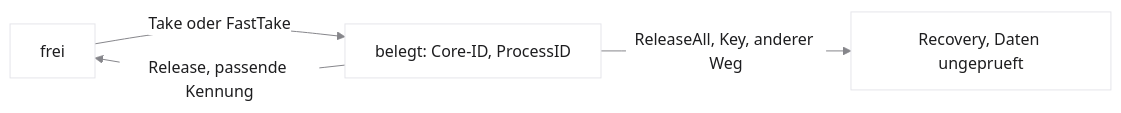
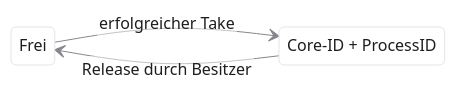
The first of 7 diagrams in vorlesungen/08_multicore-synchronisation-safety.qmd (dantschi/echtzeitsysteme), drawn with Mermaid before and after one commit. The commit also changed other lines of this file and 13 other files, not shown here.

````diff
--- a/vorlesungen/08_multicore-synchronisation-safety.qmd
+++ b/vorlesungen/08_multicore-synchronisation-safety.qmd
@@ -211,8 +147,10 @@
 ```{mermaid}
-%%| fig-width: 8.2
-%%{init: {'theme': 'base', 'themeVariables': {'background': '#FFFFFF', 'primaryColor': '#FFFFFF', 'primaryBorderColor': '#E5E5EA', 'primaryTextColor': '#1D1D1F', 'lineColor': '#86868B'}}}%%
-flowchart LR
-  F["frei"] -->|"Take oder FastTake"| L["belegt: Core-ID, ProcessID"]
-  L -->|"Release, passende Kennung"| F
-  L -->|"ReleaseAll, Key, anderer Weg"| R["Recovery, Daten ungeprueft"]
+%%| fig-width: 5.4
+%%{init: {'theme':'base','htmlLabels':false,'flowchart':{'htmlLabels':false},'themeVariables':{'background':'#FFFFFF','primaryColor':'#FFFFFF','primaryBorderColor':'#E5E5EA','primaryTextColor':'#1D1D1F','lineColor':'#86868B'}}}%%
+stateDiagram-v2
+ direction LR
+ Frei --> Belegt: erfolgreicher Take
+ Belegt --> Frei: Release durch Besitzer
+ Belegt: Core-ID + ProcessID
+
 ```
````
